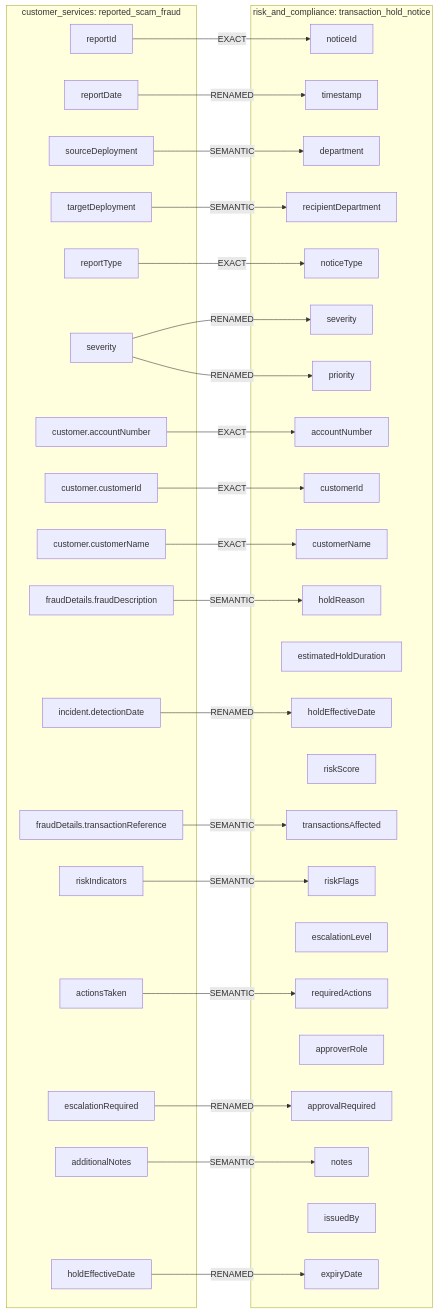
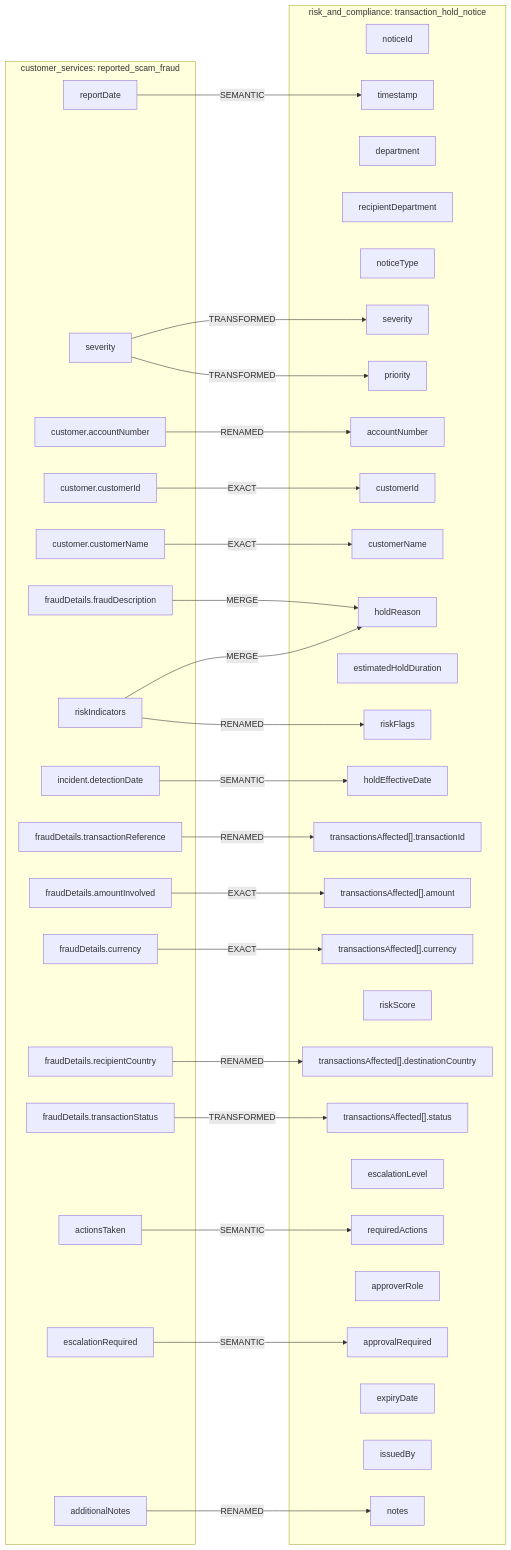
Before and after one commit to MAKWilkinson/HSBC-Data-Fabric-PoC-v2: the diagram in mermaids/risk_and_compliance/accounts/transaction_hold_notice__from__customer_services__reported_scam_fraud.mmd, drawn with Mermaid. The commit also changed 447 other files, not shown here.

```diff
--- a/mermaids/risk_and_compliance/accounts/transaction_hold_notice__from__customer_services__reported_scam_fraud.mmd
+++ b/mermaids/risk_and_compliance/accounts/transaction_hold_notice__from__customer_services__reported_scam_fraud.mmd
@@ -1,63 +1,66 @@
 flowchart LR
   subgraph IN["customer_services: reported_scam_fraud"]
-    in_reportId["reportId"]
     in_reportDate["reportDate"]
-    in_sourceDeployment["sourceDeployment"]
-    in_targetDeployment["targetDeployment"]
-    in_reportType["reportType"]
     in_severity["severity"]
     in_customer_accountNumber["customer.accountNumber"]
     in_customer_customerId["customer.customerId"]
     in_customer_customerName["customer.customerName"]
     in_fraudDetails_fraudDescription["fraudDetails.fraudDescription"]
+    in_riskIndicators["riskIndicators"]
     in_incident_detectionDate["incident.detectionDate"]
     in_fraudDetails_transactionReference["fraudDetails.transactionReference"]
-    in_riskIndicators["riskIndicators"]
+    in_fraudDetails_amountInvolved["fraudDetails.amountInvolved"]
+    in_fraudDetails_currency["fraudDetails.currency"]
+    in_fraudDetails_recipientCountry["fraudDetails.recipientCountry"]
+    in_fraudDetails_transactionStatus["fraudDetails.transactionStatus"]
     in_actionsTaken["actionsTaken"]
     in_escalationRequired["escalationRequired"]
     in_additionalNotes["additionalNotes"]
-    in_holdEffectiveDate["holdEffectiveDate"]
   end
   subgraph OUT["risk_and_compliance: transaction_hold_notice"]
     out_noticeId["noticeId"]
     out_timestamp["timestamp"]
     out_department["department"]
     out_recipientDepartment["recipientDepartment"]
     out_noticeType["noticeType"]
     out_severity["severity"]
     out_accountNumber["accountNumber"]
     out_customerId["customerId"]
     out_customerName["customerName"]
     out_holdReason["holdReason"]
     out_holdEffectiveDate["holdEffectiveDate"]
     out_estimatedHoldDuration["estimatedHoldDuration"]
-    out_transactionsAffected["transactionsAffected"]
+    out_transactionsAffected___transactionId["transactionsAffected[].transactionId"]
+    out_transactionsAffected___amount["transactionsAffected[].amount"]
+    out_transactionsAffected___currency["transactionsAffected[].currency"]
+    out_transactionsAffected___destinationCountry["transactionsAffected[].destinationCountry"]
+    out_transactionsAffected___status["transactionsAffected[].status"]
     out_riskScore["riskScore"]
     out_riskFlags["riskFlags"]
     out_requiredActions["requiredActions"]
     out_escalationLevel["escalationLevel"]
     out_approvalRequired["approvalRequired"]
     out_approverRole["approverRole"]
     out_notes["notes"]
     out_expiryDate["expiryDate"]
     out_issuedBy["issuedBy"]
     out_priority["priority"]
   end
-  in_reportId -->|EXACT| out_noticeId
-  in_reportDate -->|RENAMED| out_timestamp
-  in_sourceDeployment -->|SEMANTIC| out_department
-  in_targetDeployment -->|SEMANTIC| out_recipientDepartment
-  in_reportType -->|EXACT| out_noticeType
-  in_severity -->|RENAMED| out_severity
-  in_customer_accountNumber -->|EXACT| out_accountNumber
+  in_reportDate -->|SEMANTIC| out_timestamp
+  in_severity -->|TRANSFORMED| out_severity
+  in_customer_accountNumber -->|RENAMED| out_accountNumber
   in_customer_customerId -->|EXACT| out_customerId
   in_customer_customerName -->|EXACT| out_customerName
-  in_fraudDetails_fraudDescription -->|SEMANTIC| out_holdReason
-  in_incident_detectionDate -->|RENAMED| out_holdEffectiveDate
-  in_fraudDetails_transactionReference -->|SEMANTIC| out_transactionsAffected
-  in_riskIndicators -->|SEMANTIC| out_riskFlags
+  in_fraudDetails_fraudDescription -->|MERGE| out_holdReason
+  in_riskIndicators -->|MERGE| out_holdReason
+  in_incident_detectionDate -->|SEMANTIC| out_holdEffectiveDate
+  in_fraudDetails_transactionReference -->|RENAMED| out_transactionsAffected___transactionId
+  in_fraudDetails_amountInvolved -->|EXACT| out_transactionsAffected___amount
+  in_fraudDetails_currency -->|EXACT| out_transactionsAffected___currency
+  in_fraudDetails_recipientCountry -->|RENAMED| out_transactionsAffected___destinationCountry
+  in_fraudDetails_transactionStatus -->|TRANSFORMED| out_transactionsAffected___status
+  in_riskIndicators -->|RENAMED| out_riskFlags
   in_actionsTaken -->|SEMANTIC| out_requiredActions
-  in_escalationRequired -->|RENAMED| out_approvalRequired
-  in_additionalNotes -->|SEMANTIC| out_notes
-  in_holdEffectiveDate -->|RENAMED| out_expiryDate
-  in_severity -->|RENAMED| out_priority
+  in_escalationRequired -->|SEMANTIC| out_approvalRequired
+  in_additionalNotes -->|RENAMED| out_notes
+  in_severity -->|TRANSFORMED| out_priority
```
